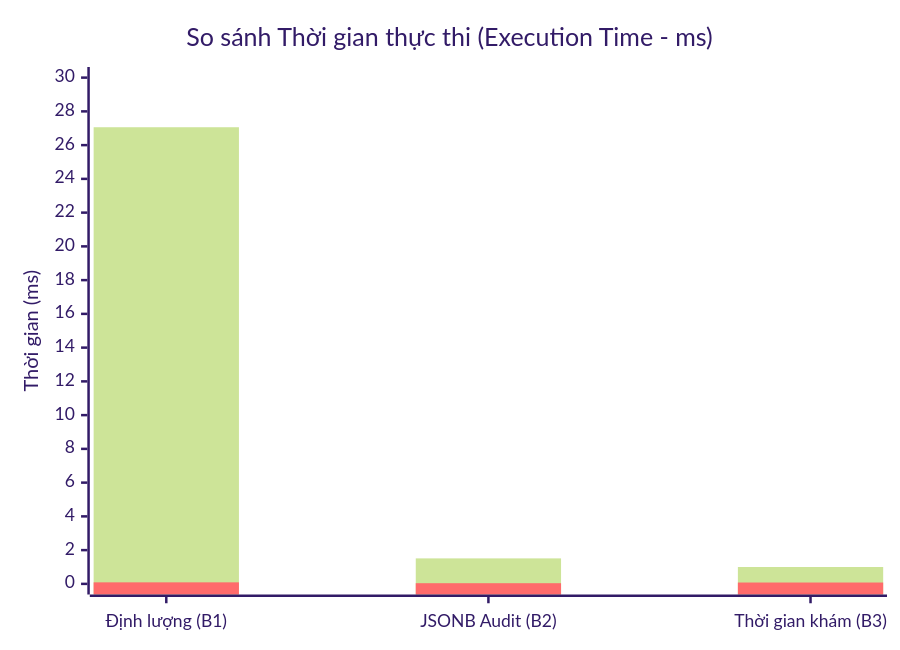
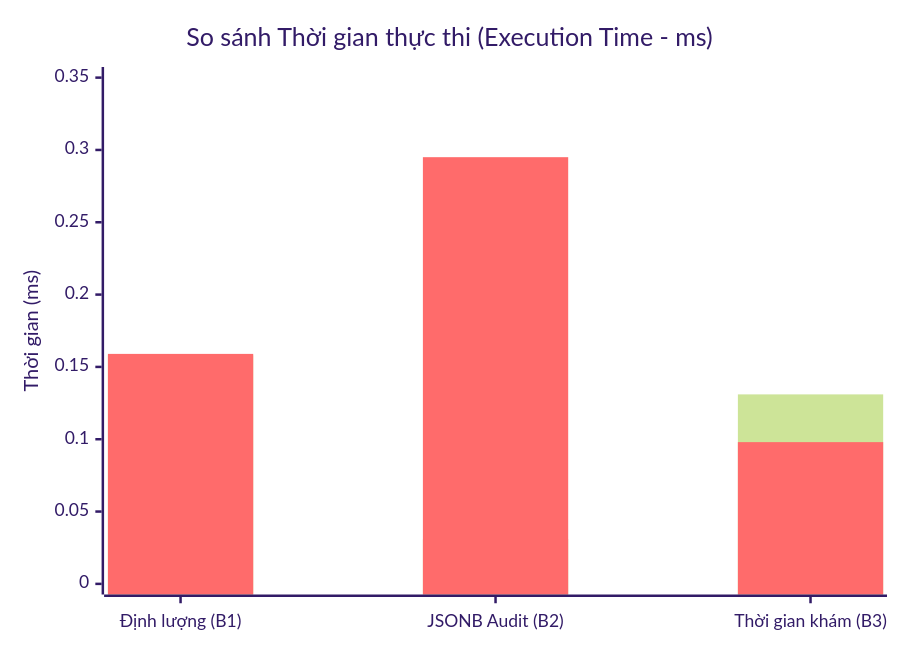
The diagram in docs/performance/query-optimization-and-benchmarks.md (Shiba-dotcom/CSDL_Hospital), drawn with Mermaid (forest theme) before and after one commit. The commit also changed other lines of this file and 17 other files, not shown here.

````diff
--- a/docs/performance/query-optimization-and-benchmarks.md
+++ b/docs/performance/query-optimization-and-benchmarks.md
@@ -106,8 +113,8 @@
 ```mermaid
 xychart-beta
     title "So sánh Thời gian thực thi (Execution Time - ms)"
     x-axis ["Định lượng (B1)", "JSONB Audit (B2)", "Thời gian khám (B3)"]
-    y-axis "Thời gian (ms)" 0 --> 30
-    bar [27.06, 1.51, 1.00]
-    bar [0.09, 0.04, 0.08]
+    y-axis "Thời gian (ms)" 0 --> 0.35
+    bar [0.158, 0.031, 0.131]
+    bar [0.159, 0.295, 0.098]
 ```
````
